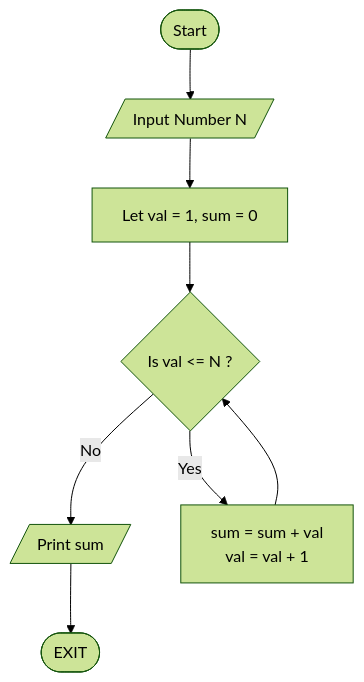
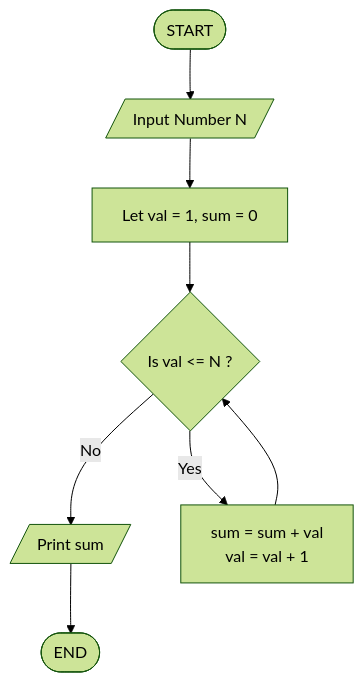
One commit to jayesh-shivlani/Java changed the seventh of 7 diagrams in FlowchartsAndPseudocodes/README.md. Above: the diagram before and after it, drawn with Mermaid (forest theme). The commit also changed other lines of this file and 1 other file, not shown here.

Commit message:
Update README.md to replace 'Exit' with 'End' for consistency and clarity. Added Practice Questions for Flowcharts & Pseudocodes

````diff
--- a/FlowchartsAndPseudocodes/README.md
+++ b/FlowchartsAndPseudocodes/README.md
@@ -254,11 +255,11 @@
 ```mermaid
 graph TD
 
-A([Start]) --> B[/Input Number N/]
+A([START]) --> B[/Input Number N/]
 B --> C[Let val = 1, sum = 0]
 C --> D{Is val <= N ?}
 D -- No --> F[/Print sum/]
 D -- Yes --> E[sum = sum + val <br/> val = val + 1]
 E --> D
-F --> H([EXIT])
+F --> H([END])
 ```
````
